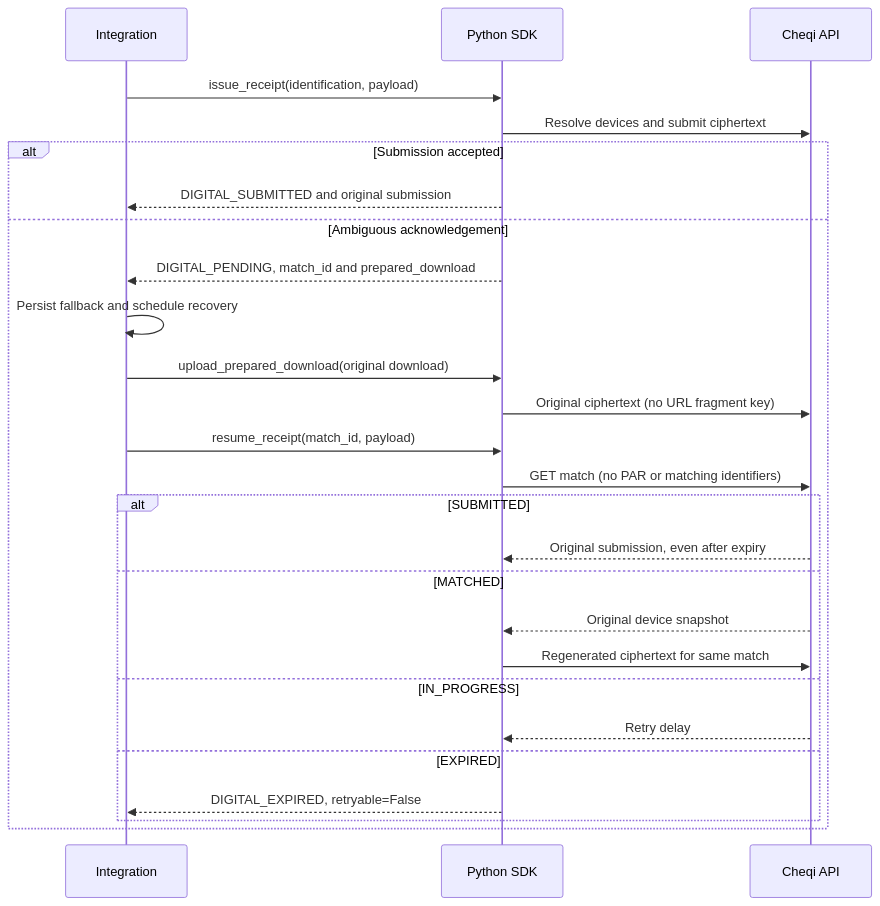
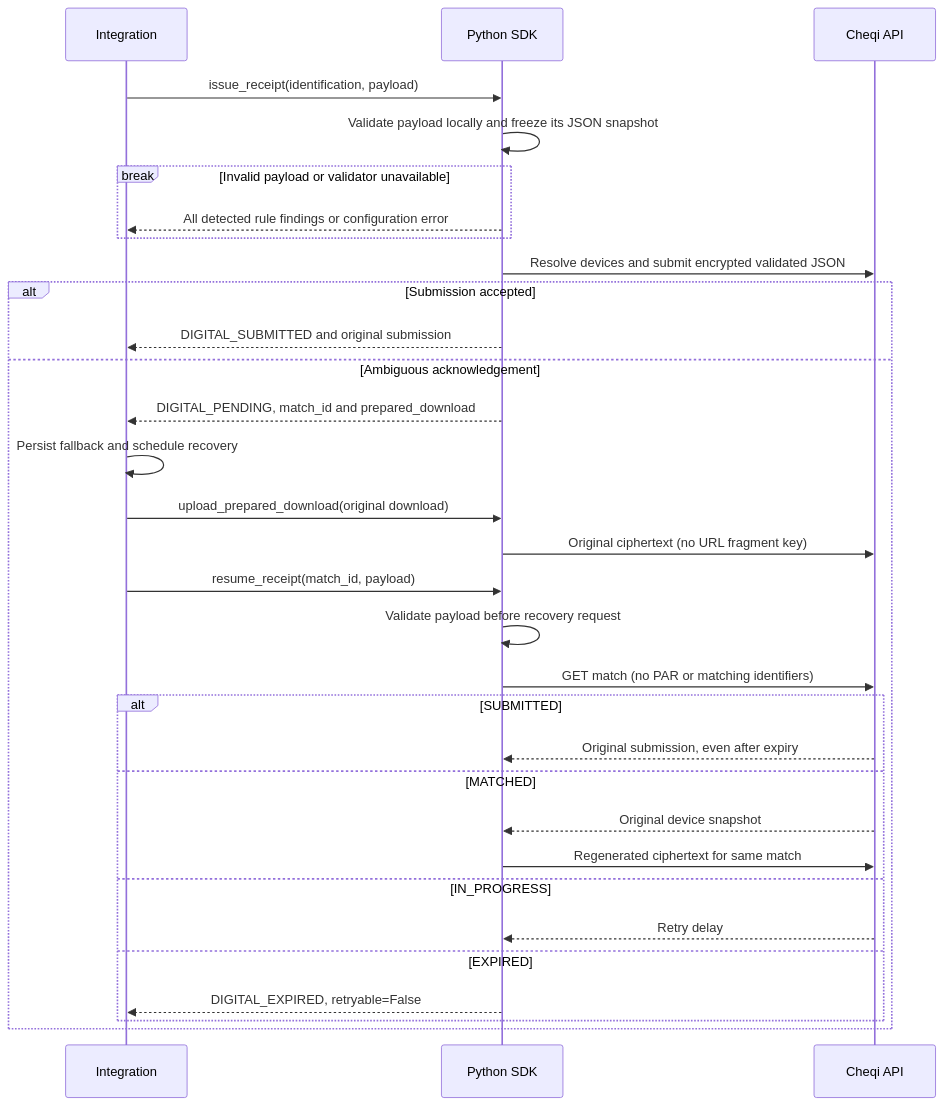
One commit to cheqi-io/cheqi-sdk-python changed the diagram in docs/receipt-retry.mmd. Above: the diagram before and after it, drawn with Mermaid. The commit also changed 126 other files, not shown here.

Commit message:
Validate Python receipt payloads with the bundled WASM validator

```diff
--- a/docs/receipt-retry.mmd
+++ b/docs/receipt-retry.mmd
@@ -1,26 +1,31 @@
 sequenceDiagram
     participant POS as Integration
     participant SDK as Python SDK
     participant API as Cheqi API
     POS->>SDK: issue_receipt(identification, payload)
-    SDK->>API: Resolve devices and submit ciphertext
+    SDK->>SDK: Validate payload locally and freeze its JSON snapshot
+    break Invalid payload or validator unavailable
+        SDK-->>POS: All detected rule findings or configuration error
+    end
+    SDK->>API: Resolve devices and submit encrypted validated JSON
     alt Submission accepted
         SDK-->>POS: DIGITAL_SUBMITTED and original submission
     else Ambiguous acknowledgement
         SDK-->>POS: DIGITAL_PENDING, match_id and prepared_download
         POS->>POS: Persist fallback and schedule recovery
         POS->>SDK: upload_prepared_download(original download)
         SDK->>API: Original ciphertext (no URL fragment key)
         POS->>SDK: resume_receipt(match_id, payload)
+        SDK->>SDK: Validate payload before recovery request
         SDK->>API: GET match (no PAR or matching identifiers)
         alt SUBMITTED
             API-->>SDK: Original submission, even after expiry
         else MATCHED
             API-->>SDK: Original device snapshot
             SDK->>API: Regenerated ciphertext for same match
         else IN_PROGRESS
             API-->>SDK: Retry delay
         else EXPIRED
             SDK-->>POS: DIGITAL_EXPIRED, retryable=False
         end
     end
```
